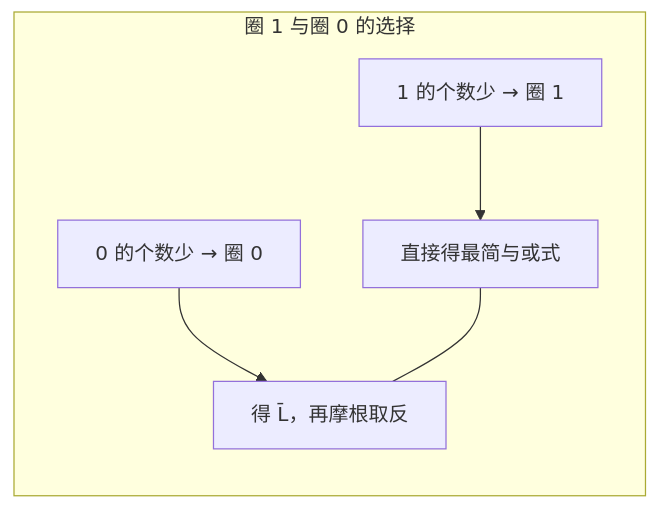
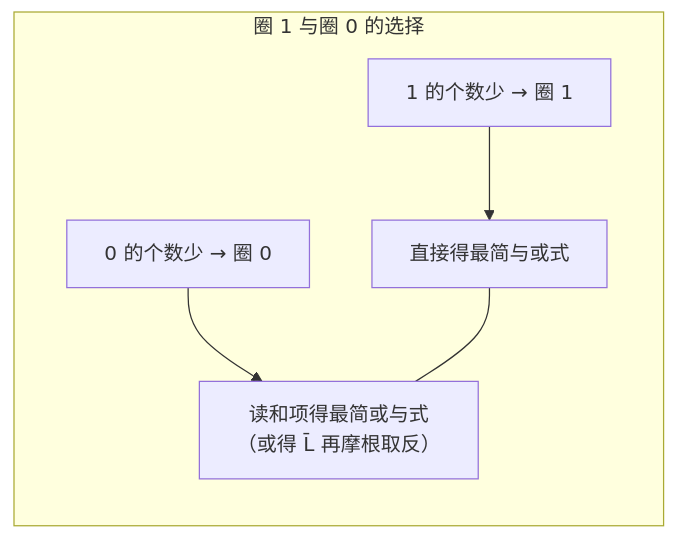
One commit to Kastrovsky/hrbust-cs-shudian-notes changed the second of 2 diagrams in 第3章_逻辑代数基础/3.7_卡诺图化简法.md. Above: the diagram before and after it, drawn with Mermaid. The commit also changed other lines of this file and 14 other files, not shown here.

````diff
--- a/第3章_逻辑代数基础/3.7_卡诺图化简法.md
+++ b/第3章_逻辑代数基础/3.7_卡诺图化简法.md
@@ -113,8 +154,8 @@
 ```mermaid
 flowchart LR
     subgraph 两种圈法["圈 1 与圈 0 的选择"]
     K1["1 的个数少 → 圈 1"] --> R1["直接得最简与或式"]
-    K2["0 的个数少 → 圈 0"] --> R2["得 L̄，再摩根取反"]
+    K2["0 的个数少 → 圈 0"] --> R2["读和项得最简或与式<br>（或得 L̄ 再摩根取反）"]
     end
     R1 --- R2
 ```
````
